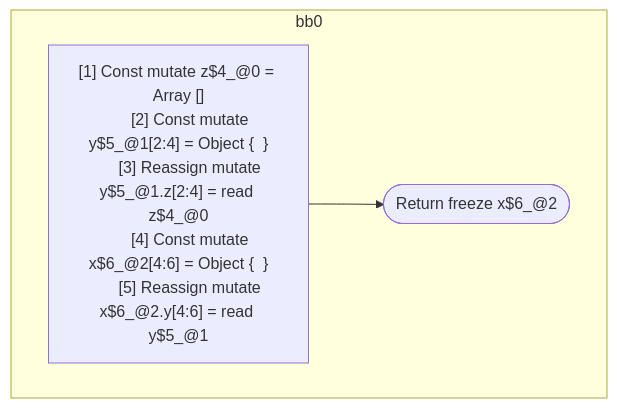
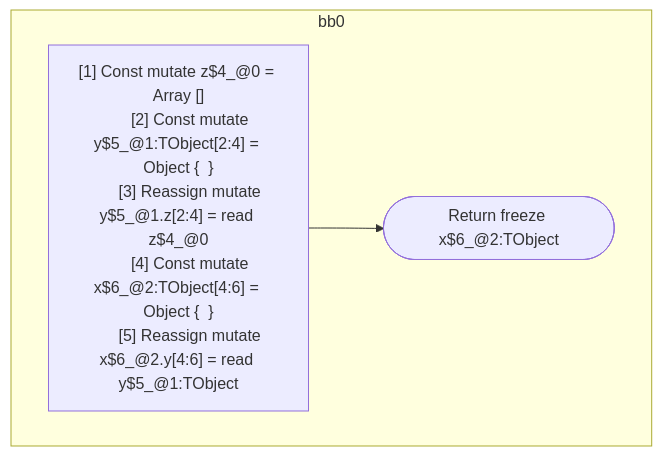
One commit to wutsmog/private changed the diagram in compiler/forget/src/__tests__/fixtures/hir/alias-nested-member-path.expect.md. Above: the diagram before and after it, drawn with Mermaid. The commit also changed other lines of this file and 112 other files, not shown here.

````diff
--- a/compiler/forget/src/__tests__/fixtures/hir/alias-nested-member-path.expect.md
+++ b/compiler/forget/src/__tests__/fixtures/hir/alias-nested-member-path.expect.md
@@ -55,17 +55,17 @@
 ```mermaid
 flowchart TB
   %% Basic Blocks
   subgraph bb0
     bb0_instrs["
       [1] Const mutate z$4_@0 = Array []
-      [2] Const mutate y$5_@1[2:4] = Object {  }
+      [2] Const mutate y$5_@1:TObject[2:4] = Object {  }
       [3] Reassign mutate y$5_@1.z[2:4] = read z$4_@0
-      [4] Const mutate x$6_@2[4:6] = Object {  }
-      [5] Reassign mutate x$6_@2.y[4:6] = read y$5_@1
+      [4] Const mutate x$6_@2:TObject[4:6] = Object {  }
+      [5] Reassign mutate x$6_@2.y[4:6] = read y$5_@1:TObject
     "]
-    bb0_instrs --> bb0_terminal(["Return freeze x$6_@2"])
+    bb0_instrs --> bb0_terminal(["Return freeze x$6_@2:TObject"])
   end
 
   %% Jumps
   %% empty
 ```
````
